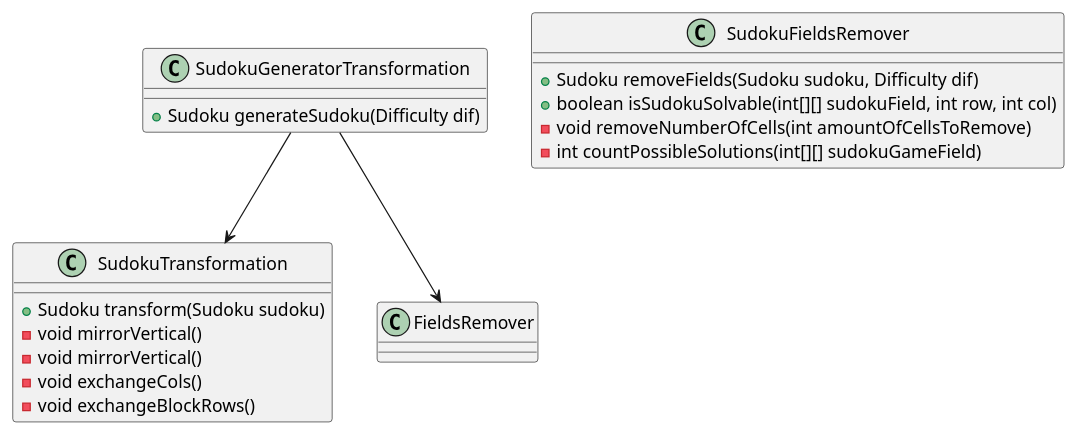
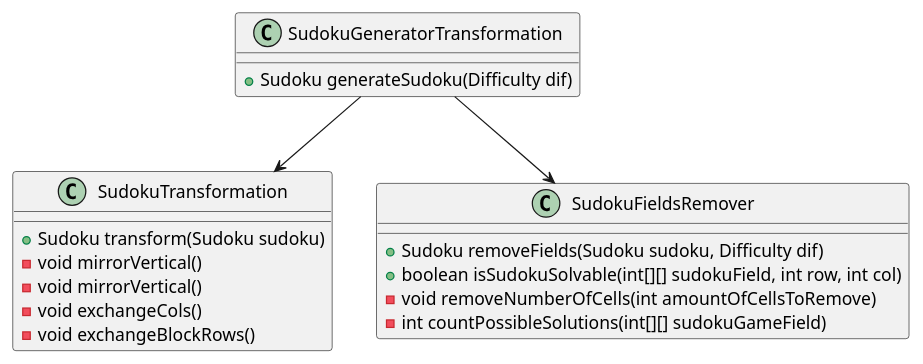
Before and after one commit to mohjohfox/cli-sudoku: the diagram in uml/refacotring/large_class_nachher.puml, drawn with PlantUML. The commit also changed 10 other files, not shown here.

First line of the commit message:
Fixed uml

```diff
--- a/uml/refacotring/large_class_nachher.puml
+++ b/uml/refacotring/large_class_nachher.puml
@@ -1,23 +1,23 @@
 @startuml
 class SudokuTransformation {
    + Sudoku transform(Sudoku sudoku)
    - void mirrorVertical()
    - void mirrorVertical()
    - void exchangeCols()
    - void exchangeBlockRows()
 }
 
 class SudokuFieldsRemover {
    + Sudoku removeFields(Sudoku sudoku, Difficulty dif)
    + boolean isSudokuSolvable(int[][] sudokuField, int row, int col)
    - void removeNumberOfCells(int amountOfCellsToRemove)
    - int countPossibleSolutions(int[][] sudokuGameField)
  }
 
  class SudokuGeneratorTransformation {
   + Sudoku generateSudoku(Difficulty dif)
  }
 
-SudokuGeneratorTransformation --> FieldsRemover
+SudokuGeneratorTransformation --> SudokuFieldsRemover
 SudokuGeneratorTransformation --> SudokuTransformation
 @enduml
```
